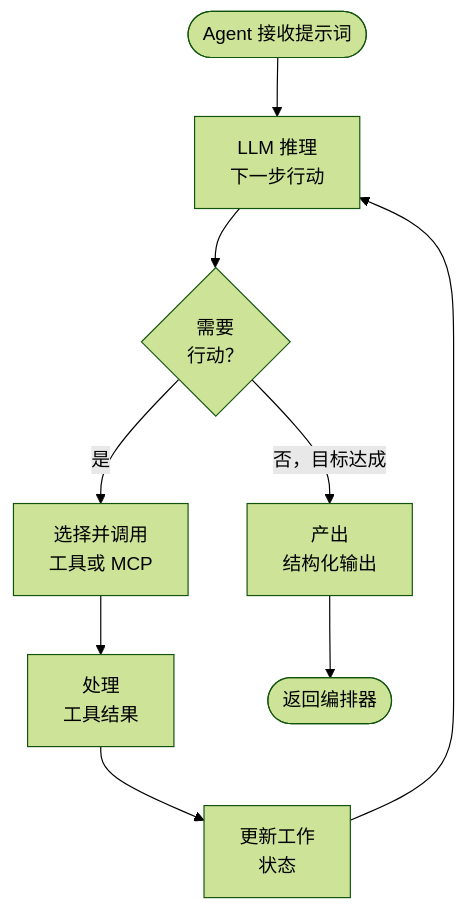
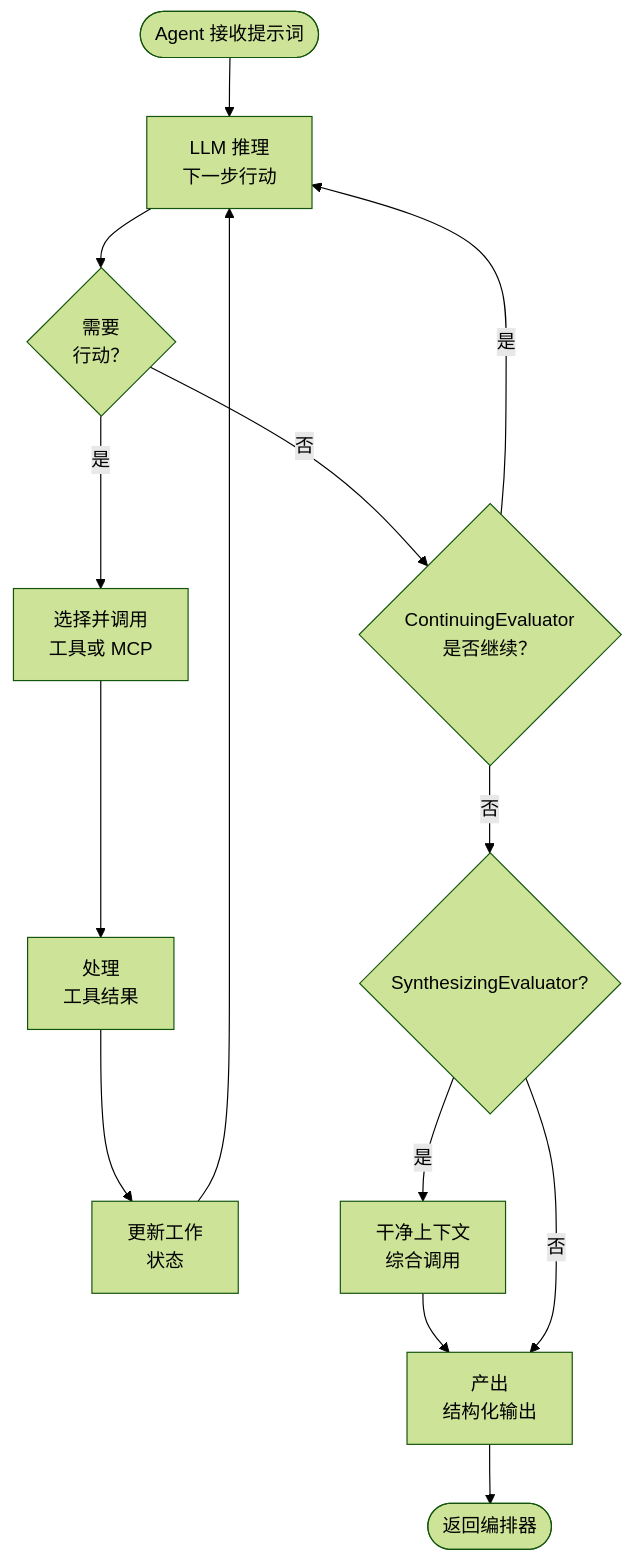
One commit to hanchaoqun/codrax changed the third of 8 diagrams in docs/architecture.md. Above: the diagram before and after it, drawn with Mermaid (forest theme). The commit also changed other lines of this file, not shown here.

First line of the commit message:
Update architecture docs with exploration quality improvements

````diff
--- a/docs/architecture.md
+++ b/docs/architecture.md
@@ -285,11 +289,16 @@
 ```mermaid
 graph TD
     Start([Agent 接收提示词]) --> Think[LLM 推理<br/>下一步行动]
     Think --> Decide{需要<br/>行动？}
     Decide -->|是| Act[选择并调用<br/>工具或 MCP]
     Act --> Observe[处理<br/>工具结果]
     Observe --> Update[更新工作<br/>状态]
     Update --> Think
-    Decide -->|否，目标达成| Output[产出<br/>结构化输出]
+    Decide -->|否| SoftStop{ContinuingEvaluator<br/>是否继续？}
+    SoftStop -->|是| Think
+    SoftStop -->|否| Synth{SynthesizingEvaluator?}
+    Synth -->|是| SynthCall[干净上下文<br/>综合调用]
+    SynthCall --> Output
+    Synth -->|否| Output[产出<br/>结构化输出]
     Output --> Done([返回编排器])
 ```
````
